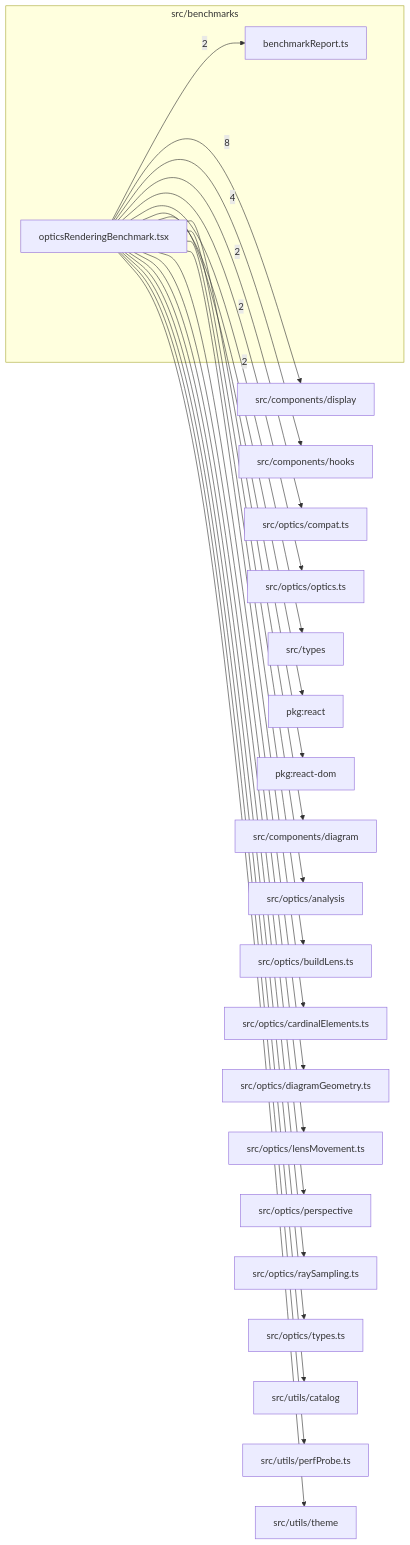
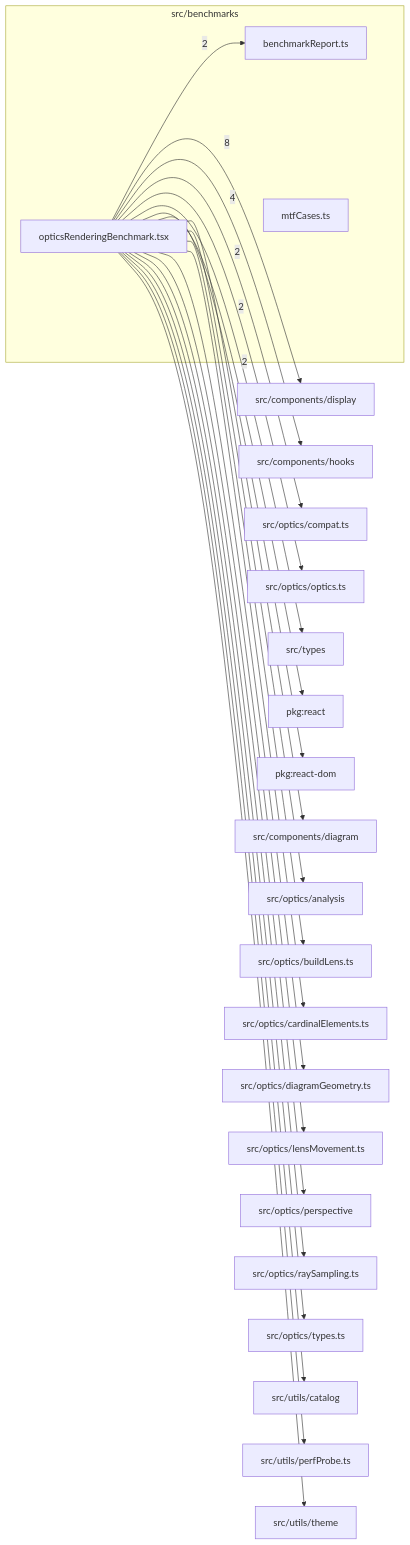
One commit to ronbuening/LensVisualizer changed the diagram in src/benchmarks/readme.md. Above: the diagram before and after it, drawn with Mermaid. The commit also changed other lines of this file and 262 other files, not shown here.

Commit message:
Add simulated MTF with manufacturer-style charts, accuracy review and image-plane source audits (#736)

````diff
--- a/src/benchmarks/readme.md
+++ b/src/benchmarks/readme.md
@@ -9,46 +9,47 @@
 ```mermaid
 flowchart LR
   subgraph n_src_benchmarks["src/benchmarks"]
     n_src_benchmarks_src_benchmarks_benchmarkReport_ts["benchmarkReport.ts"]
+    n_src_benchmarks_src_benchmarks_mtfCases_ts["mtfCases.ts"]
     n_src_benchmarks_src_benchmarks_opticsRenderingBenchmark_tsx["opticsRenderingBenchmark.tsx"]
   end
   n_external_src_components_display["src/components/display"]
   n_external_src_components_hooks["src/components/hooks"]
   n_external_src_optics_compat_ts["src/optics/compat.ts"]
   n_external_src_optics_optics_ts["src/optics/optics.ts"]
   n_external_src_types["src/types"]
   n_external_pkg_react["pkg:react"]
   n_external_pkg_react_dom["pkg:react-dom"]
   n_external_src_components_diagram["src/components/diagram"]
   n_external_src_optics_analysis["src/optics/analysis"]
   n_external_src_optics_buildLens_ts["src/optics/buildLens.ts"]
   n_external_src_optics_cardinalElements_ts["src/optics/cardinalElements.ts"]
   n_external_src_optics_diagramGeometry_ts["src/optics/diagramGeometry.ts"]
   n_external_src_optics_lensMovement_ts["src/optics/lensMovement.ts"]
   n_external_src_optics_perspective["src/optics/perspective"]
   n_external_src_optics_raySampling_ts["src/optics/raySampling.ts"]
   n_external_src_optics_types_ts["src/optics/types.ts"]
   n_external_src_utils_catalog["src/utils/catalog"]
   n_external_src_utils_perfProbe_ts["src/utils/perfProbe.ts"]
   n_external_src_utils_theme["src/utils/theme"]
   n_src_benchmarks_src_benchmarks_opticsRenderingBenchmark_tsx --> |8| n_external_src_components_display
   n_src_benchmarks_src_benchmarks_opticsRenderingBenchmark_tsx --> |4| n_external_src_components_hooks
   n_src_benchmarks_src_benchmarks_opticsRenderingBenchmark_tsx --> |2| n_external_src_optics_compat_ts
   n_src_benchmarks_src_benchmarks_opticsRenderingBenchmark_tsx --> |2| n_external_src_optics_optics_ts
   n_src_benchmarks_src_benchmarks_opticsRenderingBenchmark_tsx --> |2| n_external_src_types
   n_src_benchmarks_src_benchmarks_opticsRenderingBenchmark_tsx --> |2| n_src_benchmarks_src_benchmarks_benchmarkReport_ts
   n_src_benchmarks_src_benchmarks_opticsRenderingBenchmark_tsx --> n_external_pkg_react
   n_src_benchmarks_src_benchmarks_opticsRenderingBenchmark_tsx --> n_external_pkg_react_dom
   n_src_benchmarks_src_benchmarks_opticsRenderingBenchmark_tsx --> n_external_src_components_diagram
   n_src_benchmarks_src_benchmarks_opticsRenderingBenchmark_tsx --> n_external_src_optics_analysis
   n_src_benchmarks_src_benchmarks_opticsRenderingBenchmark_tsx --> n_external_src_optics_buildLens_ts
   n_src_benchmarks_src_benchmarks_opticsRenderingBenchmark_tsx --> n_external_src_optics_cardinalElements_ts
   n_src_benchmarks_src_benchmarks_opticsRenderingBenchmark_tsx --> n_external_src_optics_diagramGeometry_ts
   n_src_benchmarks_src_benchmarks_opticsRenderingBenchmark_tsx --> n_external_src_optics_lensMovement_ts
   n_src_benchmarks_src_benchmarks_opticsRenderingBenchmark_tsx --> n_external_src_optics_perspective
   n_src_benchmarks_src_benchmarks_opticsRenderingBenchmark_tsx --> n_external_src_optics_raySampling_ts
   n_src_benchmarks_src_benchmarks_opticsRenderingBenchmark_tsx --> n_external_src_optics_types_ts
   n_src_benchmarks_src_benchmarks_opticsRenderingBenchmark_tsx --> n_external_src_utils_catalog
   n_src_benchmarks_src_benchmarks_opticsRenderingBenchmark_tsx --> n_external_src_utils_perfProbe_ts
   n_src_benchmarks_src_benchmarks_opticsRenderingBenchmark_tsx --> n_external_src_utils_theme
 ```
````
